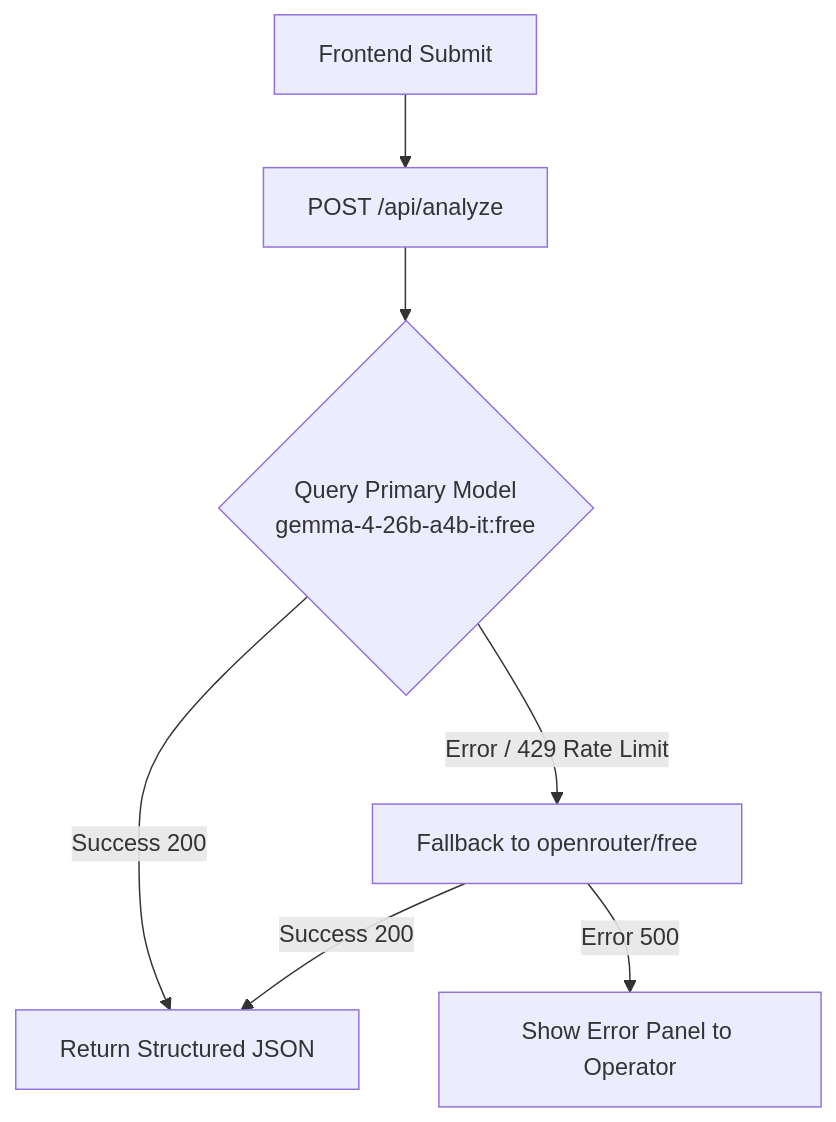
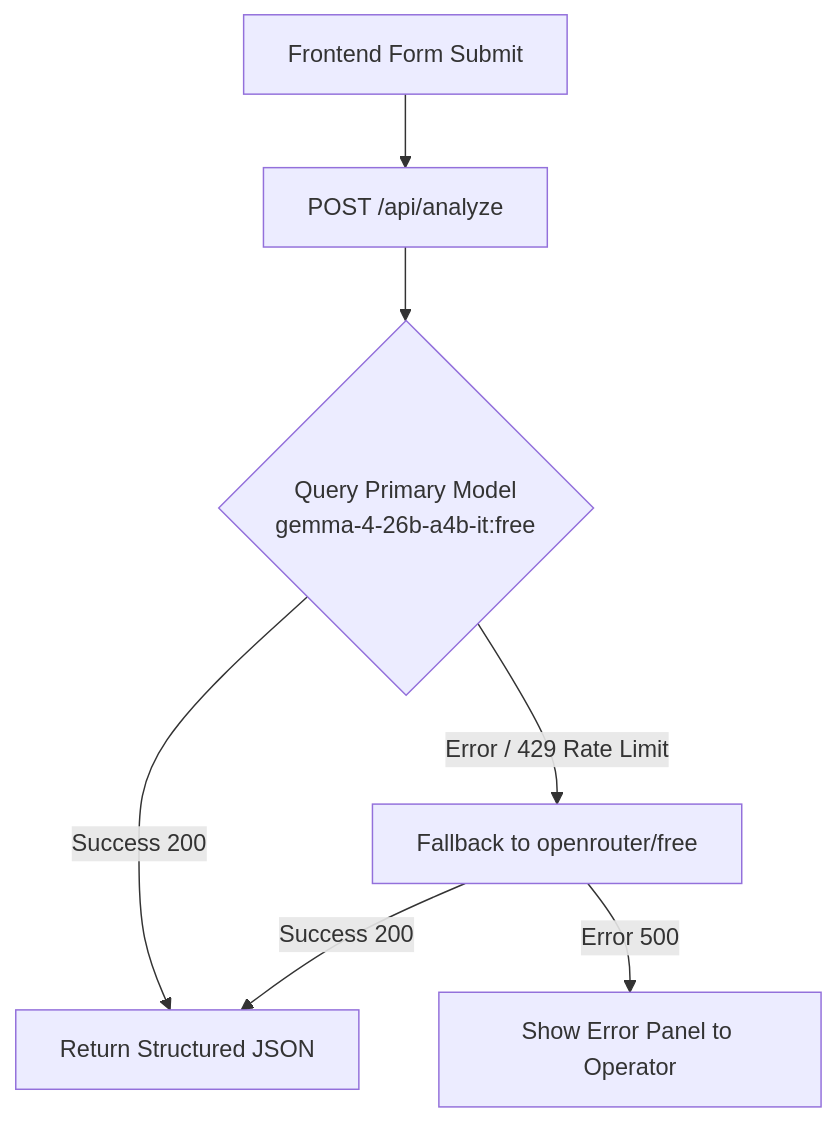
Before and after one commit to Shahzaib2004/1now-fleet-turnaround: the first of 2 diagrams in README.md, drawn with Mermaid. The commit also changed other lines of this file, not shown here.

````diff
--- a/README.md
+++ b/README.md
@@ -78,9 +83,9 @@
 ```mermaid
 graph TD
-    A[Frontend Submit] --> B[POST /api/analyze]
+    A[Frontend Form Submit] --> B[POST /api/analyze]
     B --> C{Query Primary Model<br/>gemma-4-26b-a4b-it:free}
     C -->|Success 200| D[Return Structured JSON]
     C -->|Error / 429 Rate Limit| E[Fallback to openrouter/free]
     E -->|Success 200| D
     E -->|Error 500| F[Show Error Panel to Operator]
 ```
````
